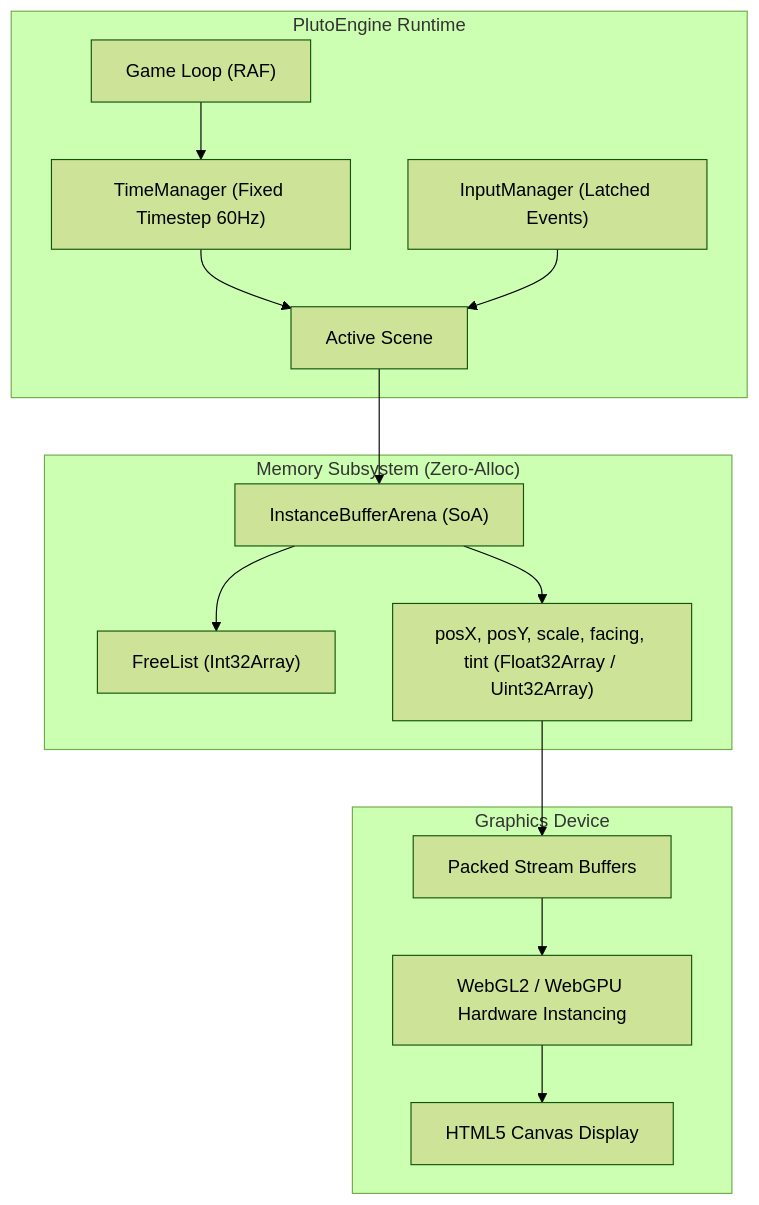
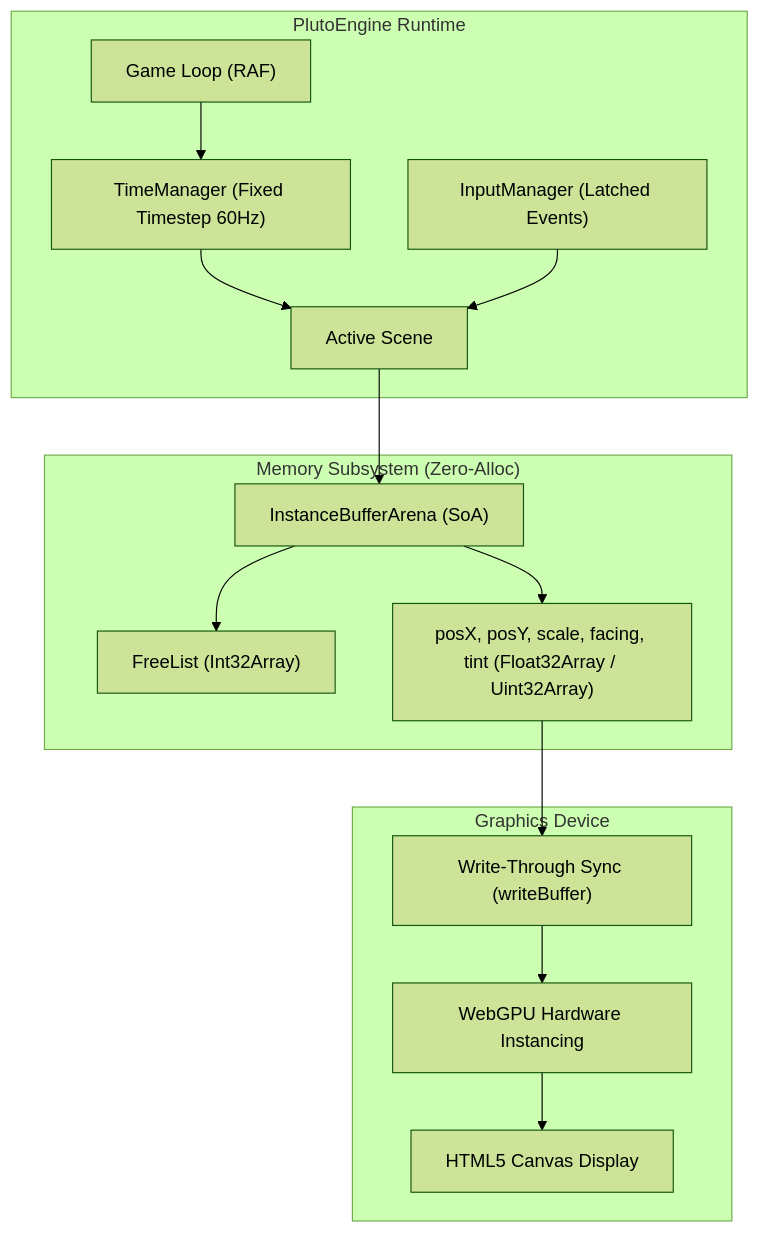
Before and after one commit to sofia-gros/pluto-engine: the diagram in docs_site/guide/architecture.md, drawn with Mermaid (forest theme). The commit also changed other lines of this file and 251 other files, not shown here.

````diff
--- a/docs_site/guide/architecture.md
+++ b/docs_site/guide/architecture.md
@@ -5,31 +5,31 @@
 ```mermaid
 flowchart TD
     subgraph PlutoEngine ["PlutoEngine Runtime"]
         Loop["Game Loop (RAF)"]
         Time["TimeManager (Fixed Timestep 60Hz)"]
         Input["InputManager (Latched Events)"]
         Scene["Active Scene"]
     end
 
     subgraph Memory ["Memory Subsystem (Zero-Alloc)"]
         Arena["InstanceBufferArena (SoA)"]
         FreeList["FreeList (Int32Array)"]
         Arrays["posX, posY, scale, facing, tint (Float32Array / Uint32Array)"]
     end
 
     subgraph GPU ["Graphics Device"]
-        Packer["Packed Stream Buffers"]
-        Pipeline["WebGL2 / WebGPU Hardware Instancing"]
+        Sync["Write-Through Sync (writeBuffer)"]
+        Pipeline["WebGPU Hardware Instancing"]
         Canvas["HTML5 Canvas Display"]
     end
 
     Loop --> Time
     Time --> Scene
     Input --> Scene
     Scene --> Arena
     Arena --> FreeList
     Arena --> Arrays
-    Arrays --> Packer
-    Packer --> Pipeline
+    Arrays --> Sync
+    Sync --> Pipeline
     Pipeline --> Canvas
 ```
````
